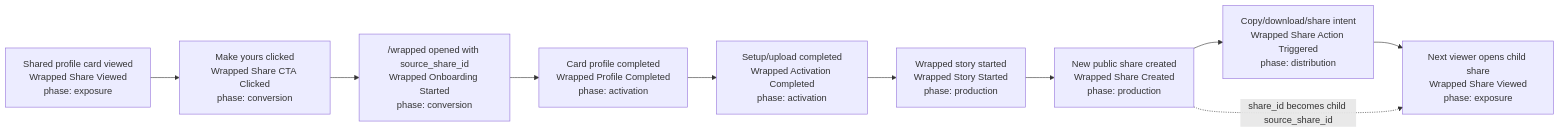
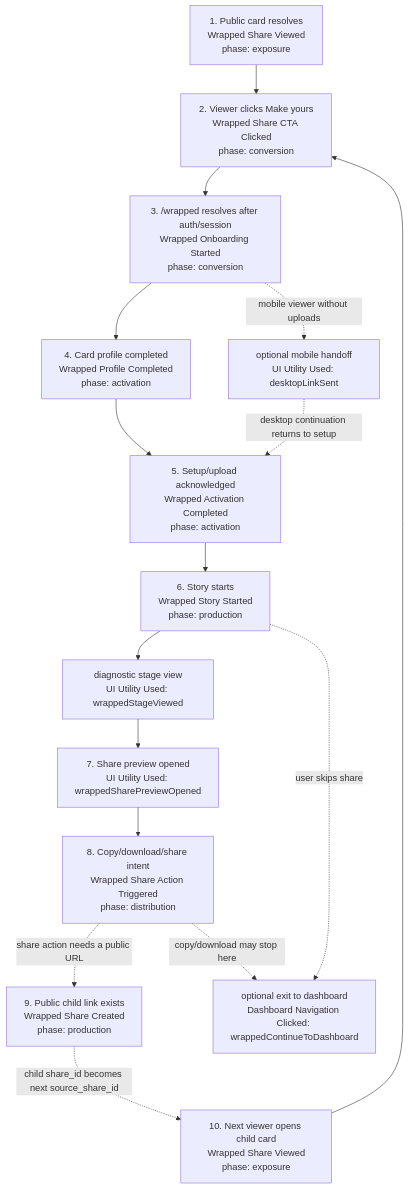
One commit to evrendom/rudel changed the diagram in docs/qa/wrapped-wom-growth-loop-instrumentation.md. Above: the diagram before and after it, drawn with Mermaid. The commit also changed other lines of this file, not shown here.

Commit message:
docs: expand wrapped WOM event matrix

````diff
--- a/docs/qa/wrapped-wom-growth-loop-instrumentation.md
+++ b/docs/qa/wrapped-wom-growth-loop-instrumentation.md
@@ -8,15 +12,25 @@
 ```mermaid
-flowchart LR
-  A["Shared profile card viewed<br/>Wrapped Share Viewed<br/>phase: exposure"]
-  B["Make yours clicked<br/>Wrapped Share CTA Clicked<br/>phase: conversion"]
-  C["/wrapped opened with source_share_id<br/>Wrapped Onboarding Started<br/>phase: conversion"]
-  D["Card profile completed<br/>Wrapped Profile Completed<br/>phase: activation"]
-  E["Setup/upload completed<br/>Wrapped Activation Completed<br/>phase: activation"]
-  F["Wrapped story started<br/>Wrapped Story Started<br/>phase: production"]
-  G["New public share created<br/>Wrapped Share Created<br/>phase: production"]
-  H["Copy/download/share intent<br/>Wrapped Share Action Triggered<br/>phase: distribution"]
-  I["Next viewer opens child share<br/>Wrapped Share Viewed<br/>phase: exposure"]
+flowchart TD
+  A["1. Public card resolves<br/>Wrapped Share Viewed<br/>phase: exposure"]
+  B["2. Viewer clicks Make yours<br/>Wrapped Share CTA Clicked<br/>phase: conversion"]
+  C["3. /wrapped resolves after auth/session<br/>Wrapped Onboarding Started<br/>phase: conversion"]
+  D["4. Card profile completed<br/>Wrapped Profile Completed<br/>phase: activation"]
+  E["optional mobile handoff<br/>UI Utility Used: desktopLinkSent"]
+  F["5. Setup/upload acknowledged<br/>Wrapped Activation Completed<br/>phase: activation"]
+  G["6. Story starts<br/>Wrapped Story Started<br/>phase: production"]
+  H["diagnostic stage view<br/>UI Utility Used: wrappedStageViewed"]
+  I["7. Share preview opened<br/>UI Utility Used: wrappedSharePreviewOpened"]
+  J["8. Copy/download/share intent<br/>Wrapped Share Action Triggered<br/>phase: distribution"]
+  K["9. Public child link exists<br/>Wrapped Share Created<br/>phase: production"]
+  L["optional exit to dashboard<br/>Dashboard Navigation Clicked: wrappedContinueToDashboard"]
+  M["10. Next viewer opens child card<br/>Wrapped Share Viewed<br/>phase: exposure"]
 
-  A --> B --> C --> D --> E --> F --> G --> H --> I
-  G -. "share_id becomes child source_share_id" .-> I
+  A --> B --> C --> D --> F --> G --> H --> I --> J
+  C -. "mobile viewer without uploads" .-> E
+  E -. "desktop continuation returns to setup" .-> F
+  J -. "share action needs a public URL" .-> K
+  J -. "copy/download may stop here" .-> L
+  K -. "child share_id becomes next source_share_id" .-> M
+  M --> B
+  G -. "user skips share" .-> L
 ```
````
